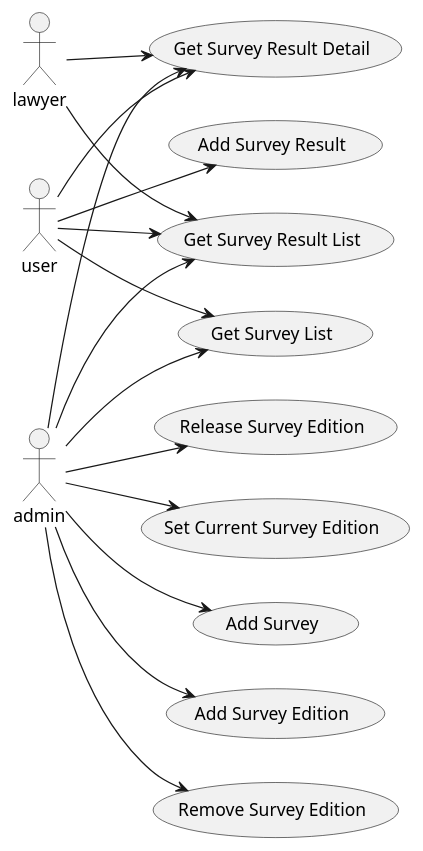
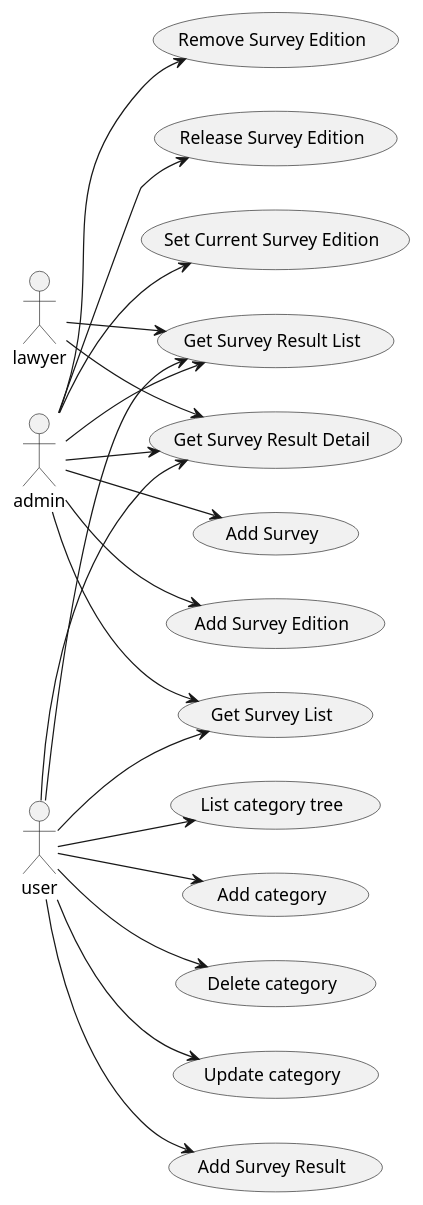
Before and after one commit to cryS4tal/degign: the diagram in tmindtech/survey/survey.usecase.puml.md, drawn with PlantUML. The commit also changed 15 other files, not shown here.

````diff
--- a/tmindtech/survey/survey.usecase.puml.md
+++ b/tmindtech/survey/survey.usecase.puml.md
@@ -1,24 +1,28 @@
 ```plantuml
 @startuml
 left to right direction
 
 user --> (Get Survey List)
 user --> (Add Survey Result)
 user --> (Get Survey Result List)
 user --> (Get Survey Result Detail)
 
 lawyer --> (Get Survey Result List)
 lawyer --> (Get Survey Result Detail)
 
 admin --> (Add Survey)
 admin --> (Add Survey Edition)
 admin --> (Remove Survey Edition)
 admin --> (Release Survey Edition)
 admin --> (Set Current Survey Edition)
 
 admin --> (Get Survey List)
 admin --> (Get Survey Result List)
 admin --> (Get Survey Result Detail)
 
+user --> (List category tree)
+user --> (Add category)
+user --> (Delete category)
+user --> (Update category)
 @enduml
 ```
````
